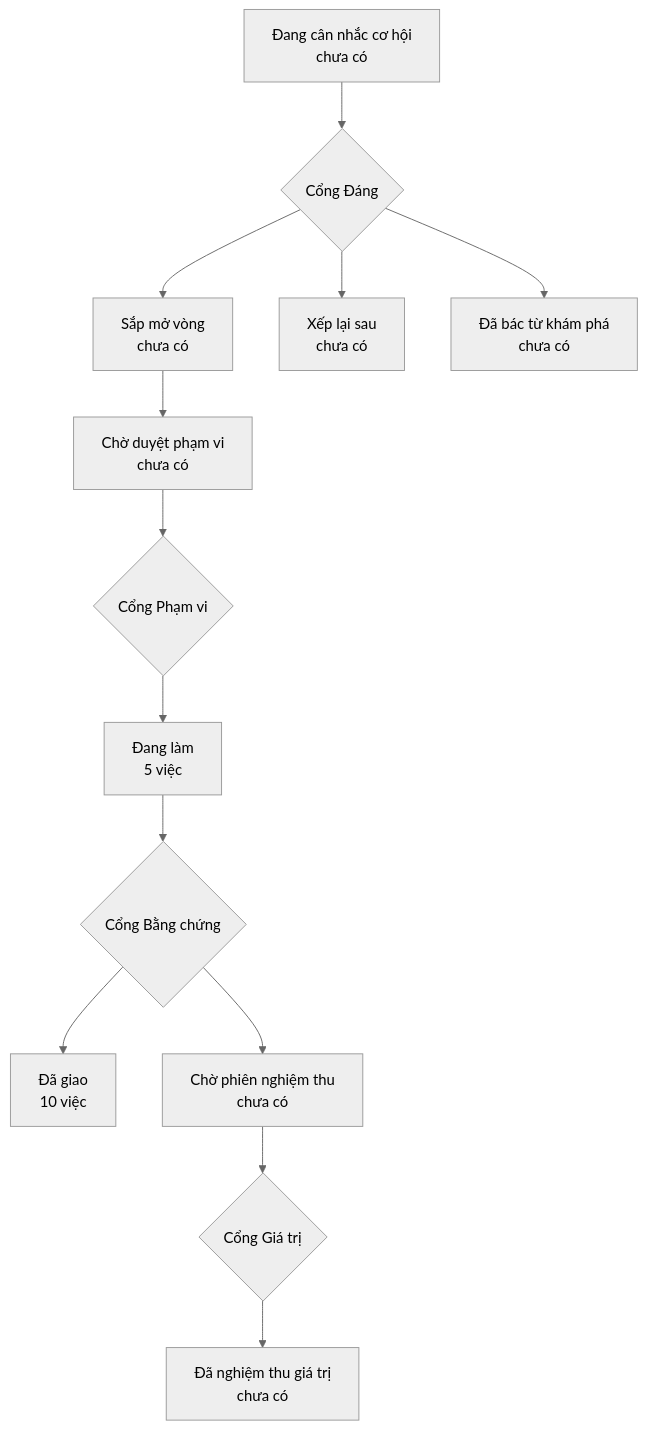
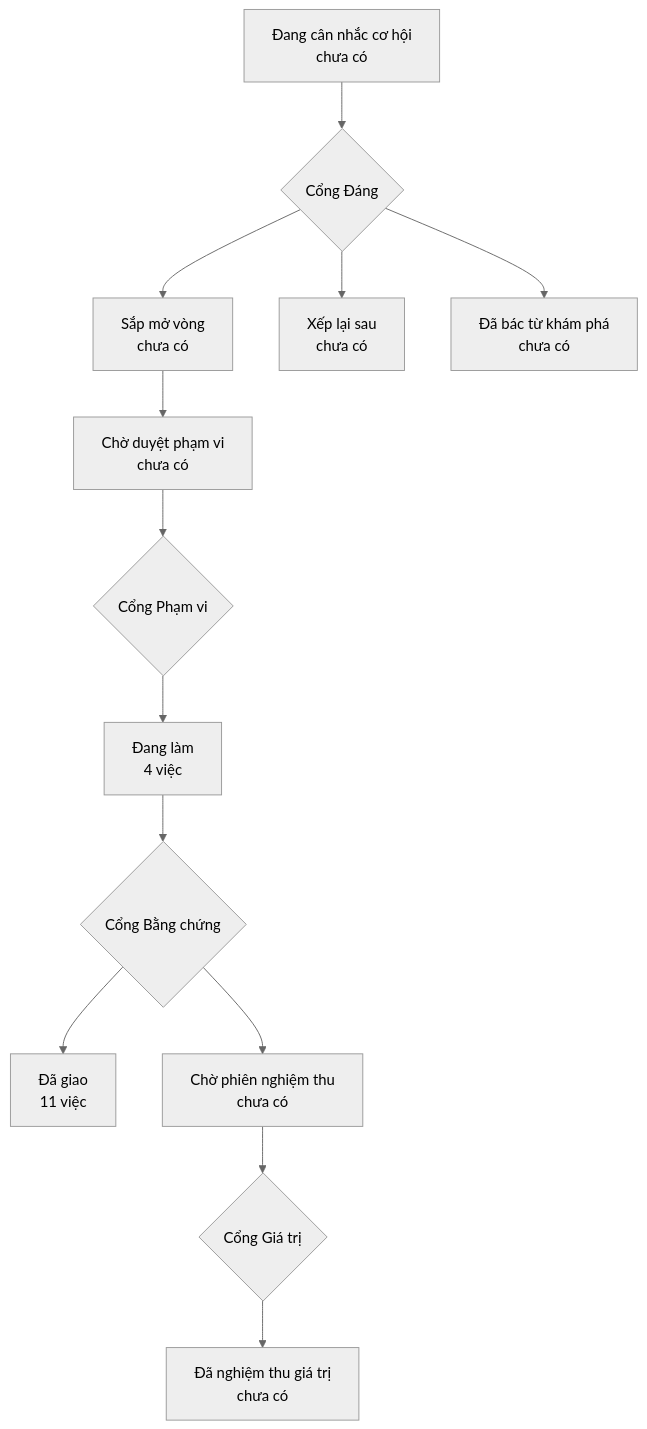
One commit to phanlemanh/crm-onehub changed the diagram in PRODUCT-MAP.md. Above: the diagram before and after it, drawn with Mermaid (neutral theme). The commit also changed 3 other files, not shown here.

````diff
--- a/PRODUCT-MAP.md
+++ b/PRODUCT-MAP.md
@@ -6,12 +6,12 @@
 ```mermaid
 flowchart TD
   A["Đang cân nhắc cơ hội<br/>chưa có"] --> GD{"Cổng Đáng"}
   GD --> B["Sắp mở vòng<br/>chưa có"]
   GD --> XL["Xếp lại sau<br/>chưa có"]
   GD --> DB["Đã bác từ khám phá<br/>chưa có"]
   B --> CD["Chờ duyệt phạm vi<br/>chưa có"] --> GP{"Cổng Phạm vi"}
-  GP --> DL["Đang làm<br/>5 việc"] --> GB{"Cổng Bằng chứng"}
-  GB --> DG["Đã giao<br/>10 việc"]
+  GP --> DL["Đang làm<br/>4 việc"] --> GB{"Cổng Bằng chứng"}
+  GB --> DG["Đã giao<br/>11 việc"]
   GB --> CN["Chờ phiên nghiệm thu<br/>chưa có"] --> GG{"Cổng Giá trị"}
   GG --> NT["Đã nghiệm thu giá trị<br/>chưa có"]
 ```
````
